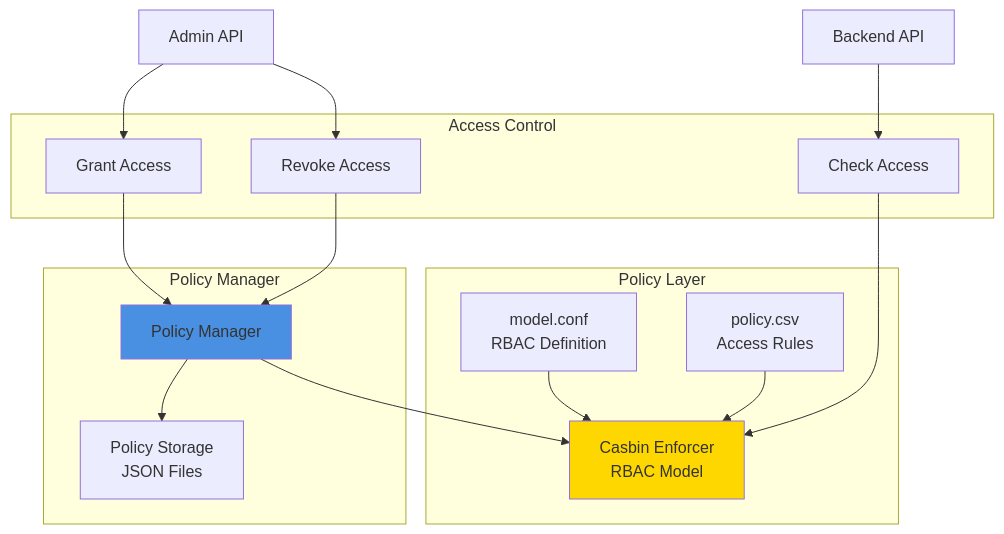
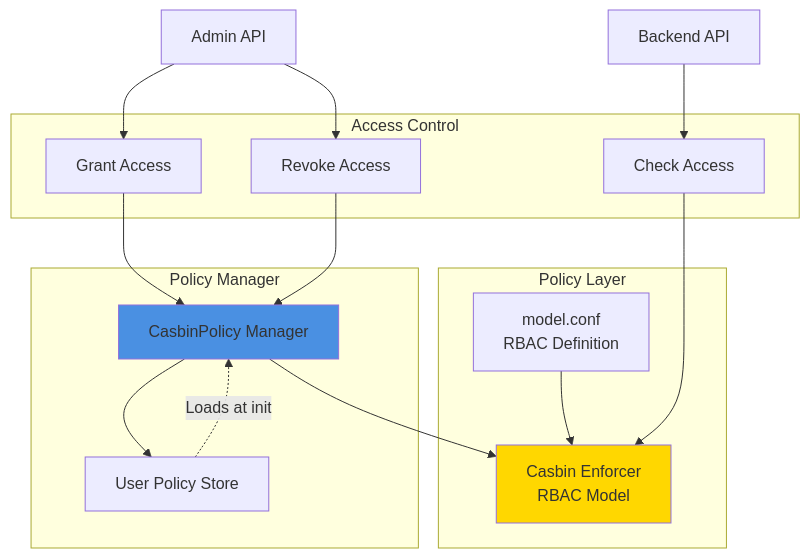
One commit to INN-SFU/Data-Portal changed the fourth of 5 diagrams in docs/diagrams/component-architecture.md. Above: the diagram before and after it, drawn with Mermaid. The commit also changed other lines of this file and 2 other files, not shown here.

Commit message:
docs: diagram updates

````diff
--- a/docs/diagrams/component-architecture.md
+++ b/docs/diagrams/component-architecture.md
@@ -154,35 +202,34 @@
 ```mermaid
 graph TB
     subgraph "Policy Layer"
         CasbinEnforcer[Casbin Enforcer<br/>RBAC Model]
         ModelConf[model.conf<br/>RBAC Definition]
-        PolicyCSV[policy.csv<br/>Access Rules]
     end
 
     subgraph "Policy Manager"
-        PolicyMgr[Policy Manager]
-        PolicyStore[Policy Storage<br/>JSON Files]
+        PolicyMgr[CasbinPolicy Manager]
+        PolicyStore[User Policy Store]
     end
 
     subgraph "Access Control"
         CheckAccess[Check Access]
         GrantAccess[Grant Access]
         RevokeAccess[Revoke Access]
     end
 
     ModelConf --> CasbinEnforcer
-    PolicyCSV --> CasbinEnforcer
     PolicyMgr --> CasbinEnforcer
     PolicyMgr --> PolicyStore
+    PolicyStore -.->|Loads at init| PolicyMgr
 
     CheckAccess --> CasbinEnforcer
     GrantAccess --> PolicyMgr
     RevokeAccess --> PolicyMgr
 
     BackendAPI[Backend API] --> CheckAccess
     AdminAPI[Admin API] --> GrantAccess
     AdminAPI --> RevokeAccess
 
     style CasbinEnforcer fill:#FFD700
     style PolicyMgr fill:#4A90E2
 ```
````
